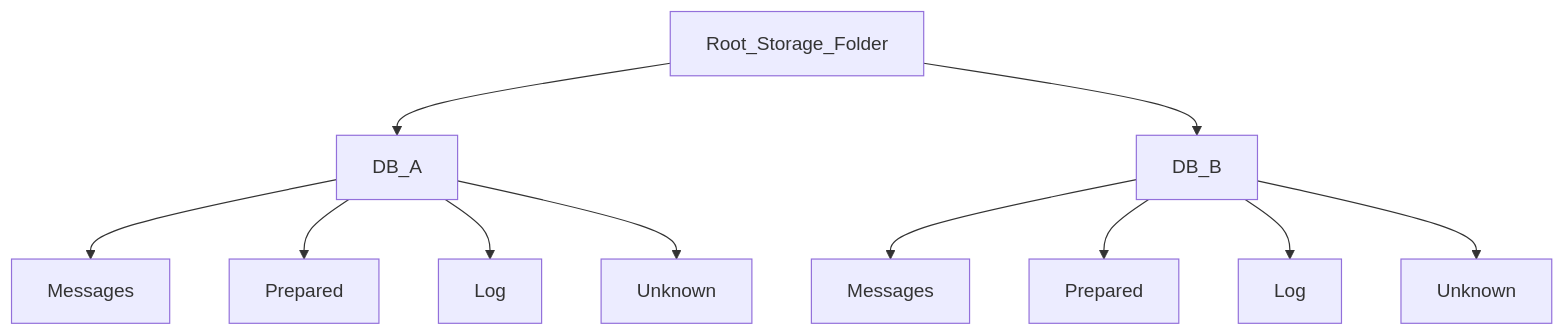
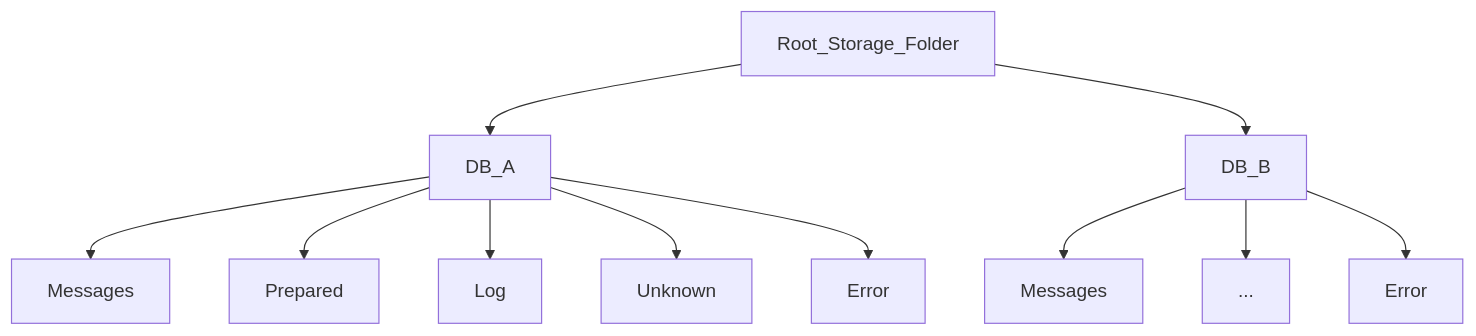
Before and after one commit to stasgm/gdmn-mob: the second of 3 diagrams in docs/network-logic/robust-protocol.md, drawn with Mermaid. The commit also changed other lines of this file, not shown here.

````diff
--- a/docs/network-logic/robust-protocol.md
+++ b/docs/network-logic/robust-protocol.md
@@ -46,13 +46,13 @@
 ```mermaid
   flowchart TD;
       Root_Storage_Folder-->DB_A;
       Root_Storage_Folder-->DB_B;
       DB_A-->Messages_A[Messages];
       DB_A-->Prepared_A[Prepared];
       DB_A-->Log_A[Log];
       DB_A-->Unknown_A[Unknown];
+      DB_A-->Error_A[Error];
       DB_B-->Messages_B[Messages];
-      DB_B-->Prepared_B[Prepared];
-      DB_B-->Log_B[Log];
-      DB_B-->Unknown_B[Unknown];
+      DB_B-->Elipsis_B[...];
+      DB_B-->Error_B[Error];
 ```
````
